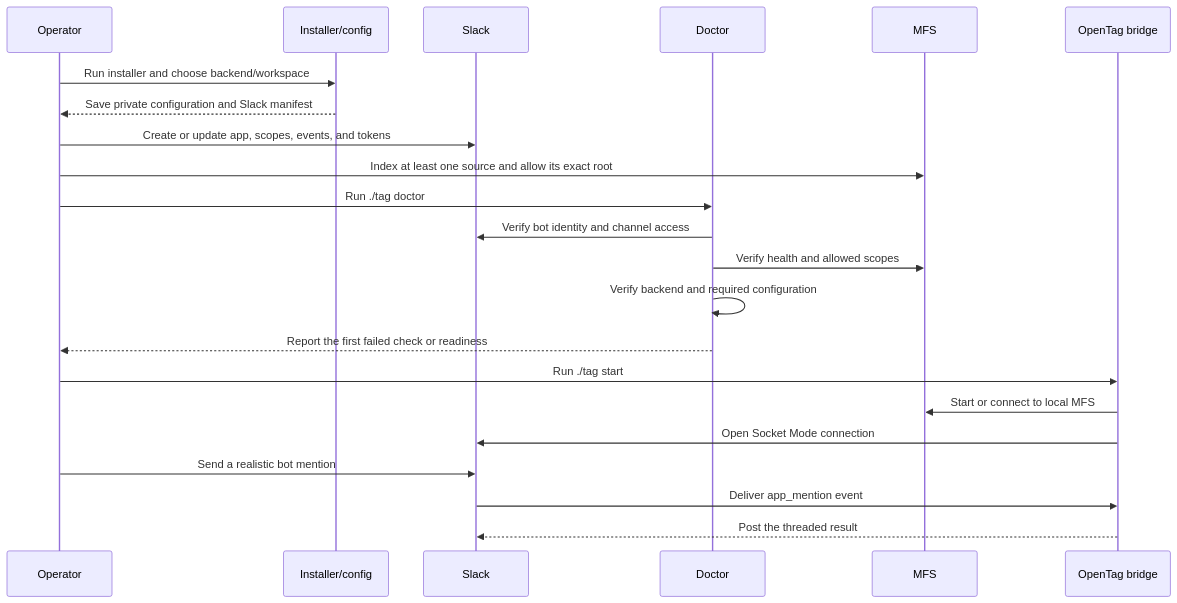
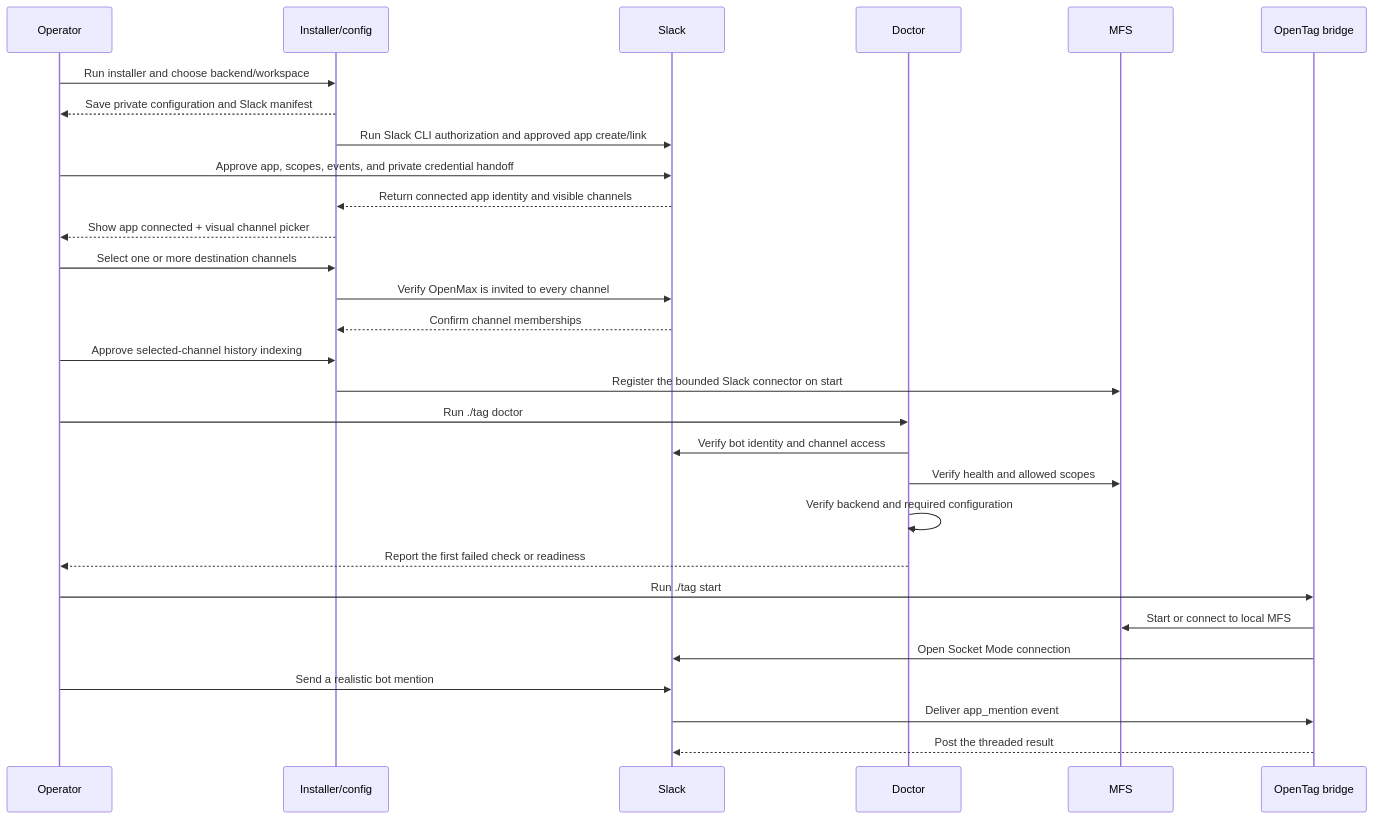
One commit to klovr-co/hover-tag changed the fourth of 18 diagrams in docs/user-flows.md. Above: the diagram before and after it, drawn with Mermaid. The commit also changed other lines of this file and 57 other files, not shown here.

````diff
--- a/docs/user-flows.md
+++ b/docs/user-flows.md
@@ -157,25 +164,32 @@
 ```mermaid
 sequenceDiagram
     participant O as Operator
     participant I as Installer/config
     participant S as Slack
     participant D as Doctor
     participant M as MFS
     participant B as OpenTag bridge
 
     O->>I: Run installer and choose backend/workspace
     I-->>O: Save private configuration and Slack manifest
-    O->>S: Create or update app, scopes, events, and tokens
-    O->>M: Index at least one source and allow its exact root
+    I->>S: Run Slack CLI authorization and approved app create/link
+    O->>S: Approve app, scopes, events, and private credential handoff
+    S-->>I: Return connected app identity and visible channels
+    I-->>O: Show app connected + visual channel picker
+    O->>I: Select one or more destination channels
+    I->>S: Verify OpenMax is invited to every channel
+    S-->>I: Confirm channel memberships
+    O->>I: Approve selected-channel history indexing
+    I->>M: Register the bounded Slack connector on start
     O->>D: Run ./tag doctor
     D->>S: Verify bot identity and channel access
     D->>M: Verify health and allowed scopes
     D->>D: Verify backend and required configuration
     D-->>O: Report the first failed check or readiness
     O->>B: Run ./tag start
     B->>M: Start or connect to local MFS
     B->>S: Open Socket Mode connection
     O->>S: Send a realistic bot mention
     S->>B: Deliver app_mention event
     B-->>S: Post the threaded result
 ```
````
